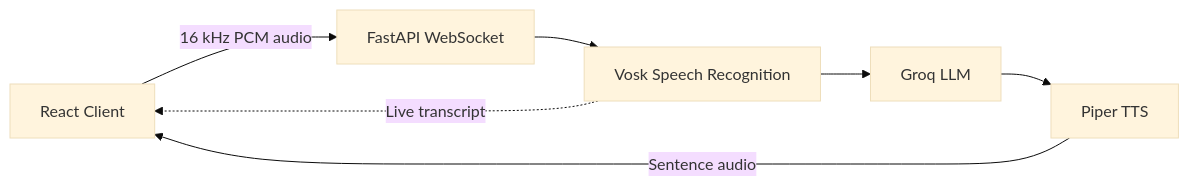
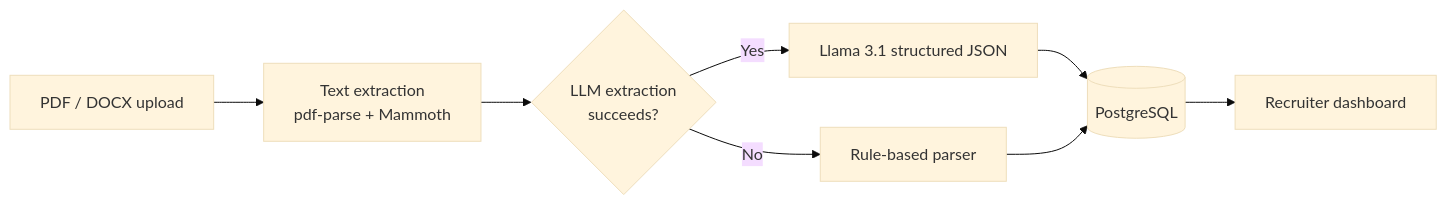
Before and after one commit to YousufS09/YousufS09: the second of 2 diagrams in README.md, drawn with Mermaid (base theme). The commit also changed other lines of this file and 13 other files, not shown here.

````diff
--- a/README.md
+++ b/README.md
@@ -139,9 +125,10 @@
 ```mermaid
 flowchart LR
-    A[React Client] -->|16 kHz PCM audio| B[FastAPI WebSocket]
-    B --> C[Vosk Speech Recognition]
-    C --> D[Groq LLM]
-    D --> E[Piper TTS]
-    E -->|Sentence audio| A
-    C -. Live transcript .-> A
+    A[PDF / DOCX upload] --> B[Text extraction<br/>pdf-parse + Mammoth]
+    B --> C{LLM extraction<br/>succeeds?}
+    C -->|Yes| D[Llama 3.1 structured JSON]
+    C -->|No| E[Rule-based parser]
+    D --> F[(PostgreSQL)]
+    E --> F
+    F --> G[Recruiter dashboard]
 ```
````
